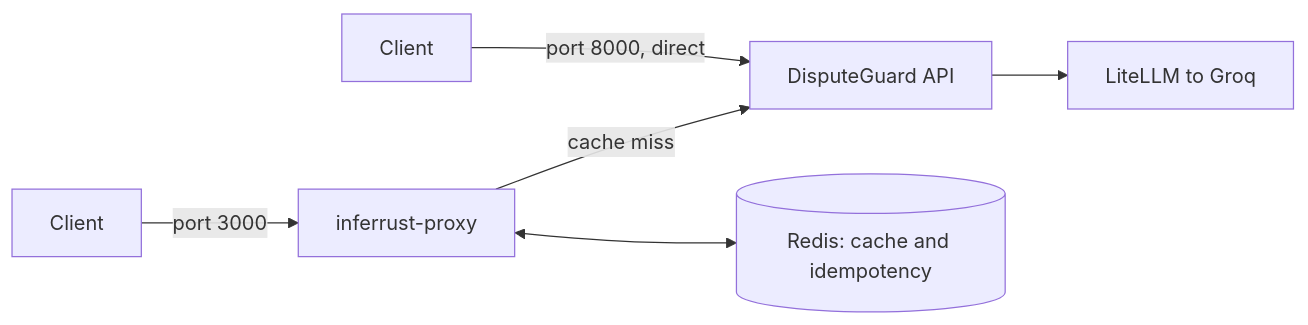
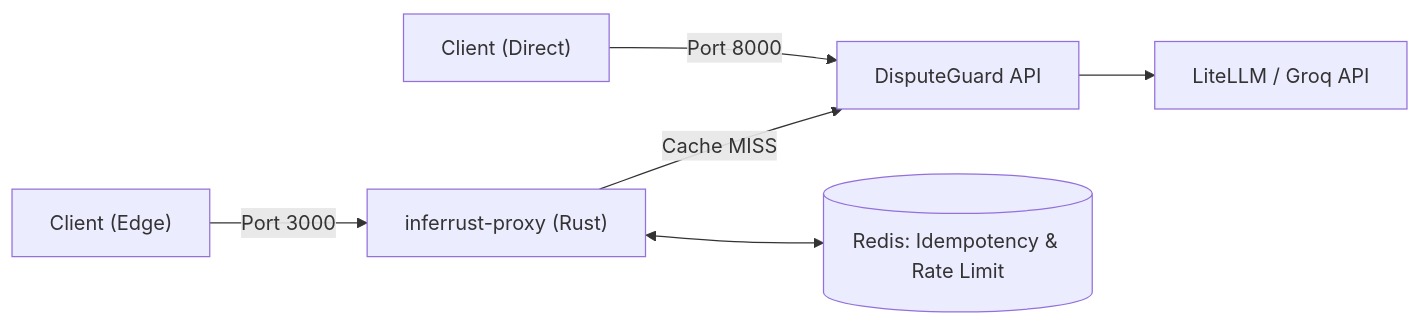
The second of 2 diagrams in README.md (kaioken13/disputeguard), drawn with Mermaid before and after one commit. The commit also changed other lines of this file, not shown here.

Commit message:
docs: align real API route /v1/disputes/resolve, docker integration and actual JSON response schema

````diff
--- a/README.md
+++ b/README.md
@@ -81,8 +86,8 @@
 ```mermaid
 flowchart LR
-    C1["Client"] -- "port 8000, direct" --> G["DisputeGuard API"]
-    C2["Client"] -- "port 3000" --> P["inferrust-proxy"]
-    P <--> R[("Redis: cache and idempotency")]
-    P -- "cache miss" --> G
-    G --> L["LiteLLM to Groq"]
+    C1["Client (Direct)"] -- "Port 8000" --> G["DisputeGuard API"]
+    C2["Client (Edge)"] -- "Port 3000" --> P["inferrust-proxy (Rust)"]
+    P <--> R[("Redis: Idempotency & Rate Limit")]
+    P -- "Cache MISS" --> G
+    G --> L["LiteLLM / Groq API"]
 ```
````
